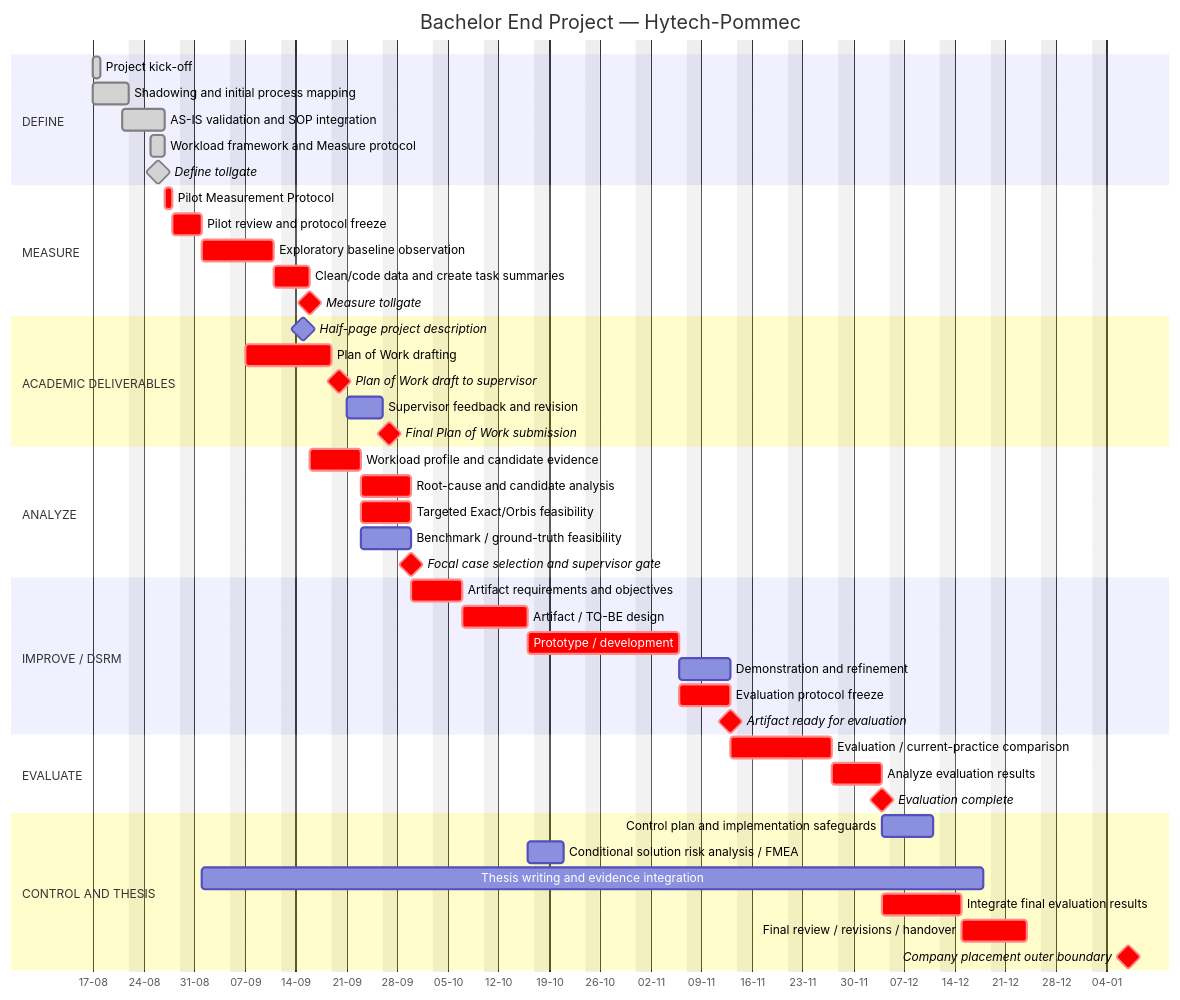
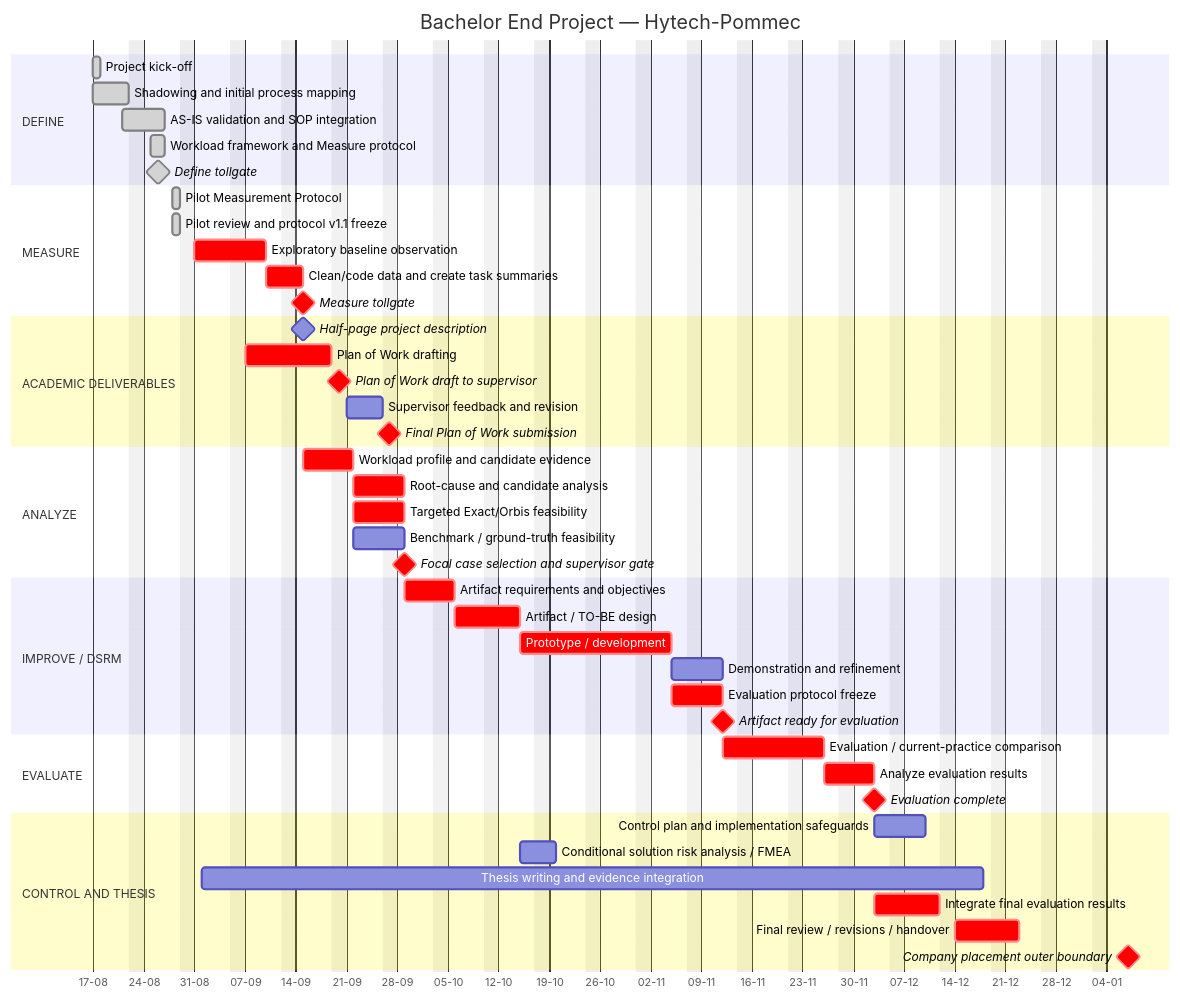
Before and after one commit to Luuuuuig/Bachelor-End-Project: the diagram in docs/Project_Timeline.md, drawn with Mermaid. The commit also changed other lines of this file, not shown here.

Commit message:
Update timeline after Measure pilot and v1.1 freeze

````diff
--- a/docs/Project_Timeline.md
+++ b/docs/Project_Timeline.md
@@ -24,58 +24,58 @@
 ```mermaid
 gantt
     title Bachelor End Project — Hytech-Pommec
     dateFormat  YYYY-MM-DD
     axisFormat  %d-%m
     tickInterval 1week
     weekday monday
     excludes    weekends
 
     section DEFINE
     Project kick-off                         :done, d1, 2026-08-17, 1d
     Shadowing and initial process mapping    :done, d2, 2026-08-17, 5d
     AS-IS validation and SOP integration     :done, d3, 2026-08-21, 4d
     Workload framework and Measure protocol  :done, d4, 2026-08-25, 2d
     Define tollgate                          :milestone, done, dm, 2026-08-26, 0d
 
     section MEASURE
-    Pilot Measurement Protocol               :crit, m1, 2026-08-27, 1d
-    Pilot review and protocol freeze         :crit, m2, after m1, 2d
-    Exploratory baseline observation         :crit, m3, after m2, 8d
+    Pilot Measurement Protocol               :done, m1, 2026-08-28, 1d
+    Pilot review and protocol v1.1 freeze    :done, m2, 2026-08-28, 1d
+    Exploratory baseline observation         :crit, m3, 2026-08-31, 8d
     Clean/code data and create task summaries:crit, m4, after m3, 3d
     Measure tollgate                         :milestone, crit, mm, after m4, 0d
 
     section ACADEMIC DELIVERABLES
     Half-page project description            :milestone, ad1, 2026-09-15, 0d
     Plan of Work drafting                    :crit, ad2, 2026-09-07, 10d
     Plan of Work draft to supervisor         :milestone, crit, ad3, 2026-09-20, 0d
     Supervisor feedback and revision         :ad4, 2026-09-21, 5d
     Final Plan of Work submission            :milestone, crit, ad5, 2026-09-27, 0d
 
     section ANALYZE
     Workload profile and candidate evidence  :crit, a1, after m4, 5d
     Root-cause and candidate analysis        :crit, a2, after a1, 5d
     Targeted Exact/Orbis feasibility         :crit, a3, after a1, 5d
     Benchmark / ground-truth feasibility     :a4, after a1, 5d
     Focal case selection and supervisor gate :milestone, crit, a5, after a2 a3 a4, 0d
 
     section IMPROVE / DSRM
     Artifact requirements and objectives     :crit, i1, after a5, 5d
     Artifact / TO-BE design                  :crit, i2, after i1, 7d
     Prototype / development                  :crit, i3, after i2, 15d
     Demonstration and refinement             :i4, after i3, 5d
     Evaluation protocol freeze               :crit, i5, after i3, 5d
     Artifact ready for evaluation            :milestone, crit, i6, after i4 i5, 0d
 
     section EVALUATE
     Evaluation / current-practice comparison :crit, e1, after i6, 10d
     Analyze evaluation results               :crit, e2, after e1, 5d
     Evaluation complete                      :milestone, crit, e3, after e2, 0d
 
     section CONTROL AND THESIS
     Control plan and implementation safeguards:c1, after e2, 5d
     Conditional solution risk analysis / FMEA:c2, after i2, 3d
     Thesis writing and evidence integration  :t1, 2026-09-01, 2026-12-18
     Integrate final evaluation results        :crit, t2, after e2, 7d
     Final review / revisions / handover       :crit, t3, after t2, 7d
     Company placement outer boundary          :milestone, crit, t4, 2027-01-07, 0d
 ```
````
